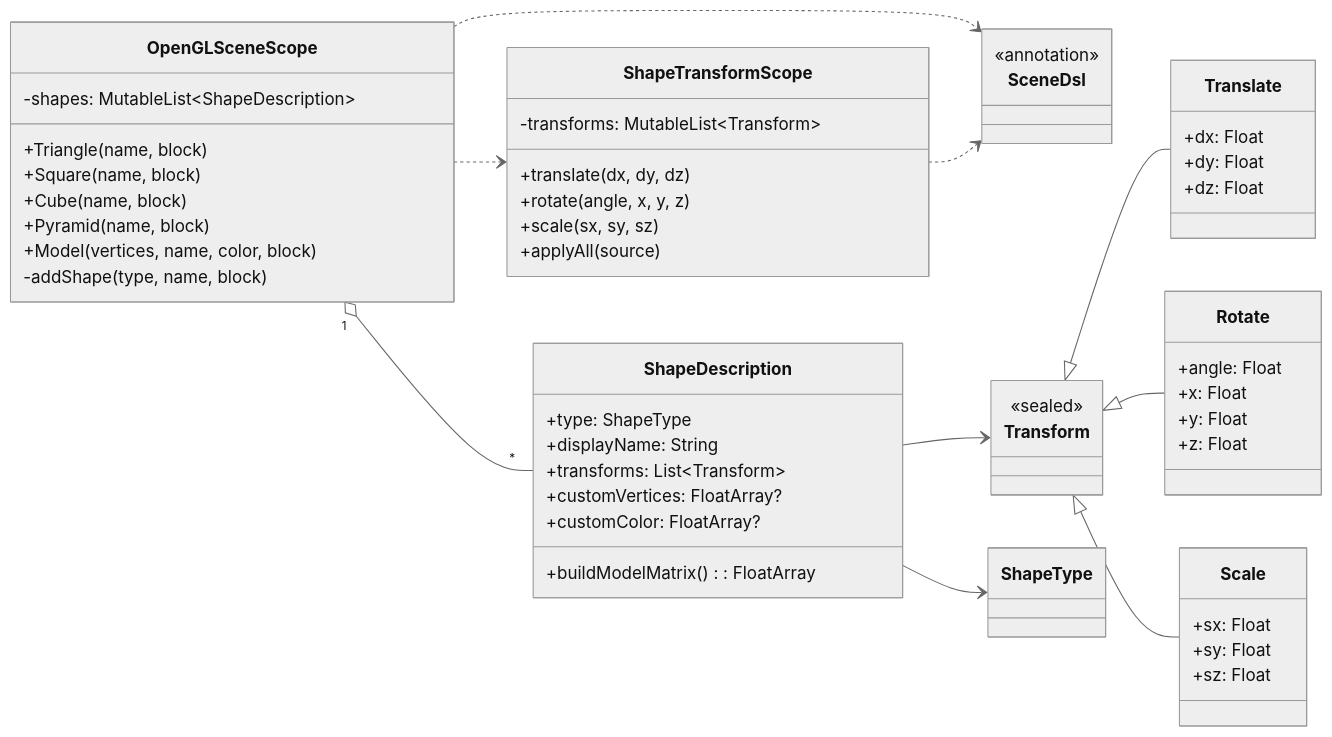
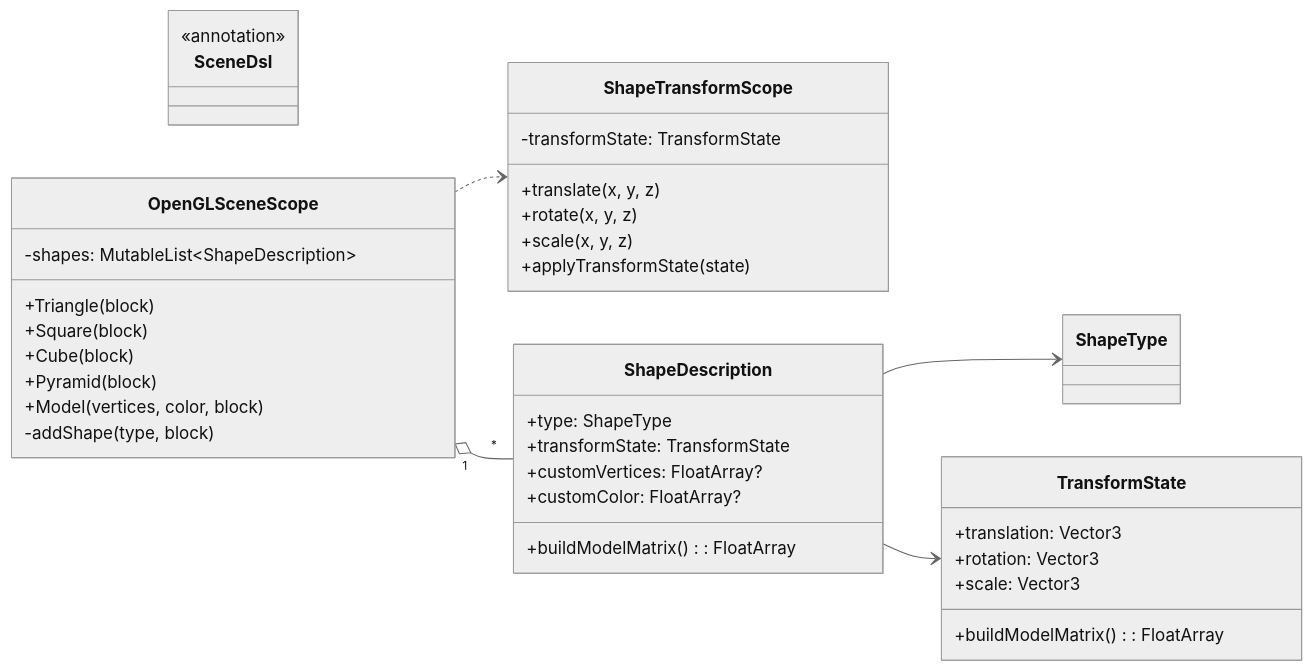
The diagram in docs/uml/01-dsl-layer.md (hr5h/GLViz), drawn with Mermaid (neutral theme) before and after one commit. The commit also changed 12 other files, not shown here.

````diff
--- a/docs/uml/01-dsl-layer.md
+++ b/docs/uml/01-dsl-layer.md
@@ -3,66 +3,46 @@
 ```mermaid
 classDiagram
 direction LR
 
 class SceneDsl {
   <<annotation>>
 }
 
 class OpenGLSceneScope {
   -shapes: MutableList~ShapeDescription~
-  +Triangle(name, block)
-  +Square(name, block)
-  +Cube(name, block)
-  +Pyramid(name, block)
-  +Model(vertices, name, color, block)
-  -addShape(type, name, block)
+  +Triangle(block)
+  +Square(block)
+  +Cube(block)
+  +Pyramid(block)
+  +Model(vertices, color, block)
+  -addShape(type, block)
 }
 
 class ShapeTransformScope {
-  -transforms: MutableList~Transform~
-  +translate(dx, dy, dz)
-  +rotate(angle, x, y, z)
-  +scale(sx, sy, sz)
-  +applyAll(source)
+  -transformState: TransformState
+  +translate(x, y, z)
+  +rotate(x, y, z)
+  +scale(x, y, z)
+  +applyTransformState(state)
 }
 
 class ShapeDescription {
   +type: ShapeType
-  +displayName: String
-  +transforms: List~Transform~
+  +transformState: TransformState
   +customVertices: FloatArray?
   +customColor: FloatArray?
   +buildModelMatrix(): FloatArray
 }
 
-class Transform {
-  <<sealed>>
+class TransformState {
+  +translation: Vector3
+  +rotation: Vector3
+  +scale: Vector3
+  +buildModelMatrix(): FloatArray
 }
-class Translate {
-  +dx: Float
-  +dy: Float
-  +dz: Float
-}
-class Rotate {
-  +angle: Float
-  +x: Float
-  +y: Float
-  +z: Float
-}
-class Scale {
-  +sx: Float
-  +sy: Float
-  +sz: Float
-}
-
-Transform <|-- Translate
-Transform <|-- Rotate
-Transform <|-- Scale
 
 OpenGLSceneScope "1" o-- "*" ShapeDescription
 OpenGLSceneScope ..> ShapeTransformScope
 ShapeDescription --> ShapeType
-ShapeDescription --> Transform
-OpenGLSceneScope ..> SceneDsl
-ShapeTransformScope ..> SceneDsl
+ShapeDescription --> TransformState
 ```
````
